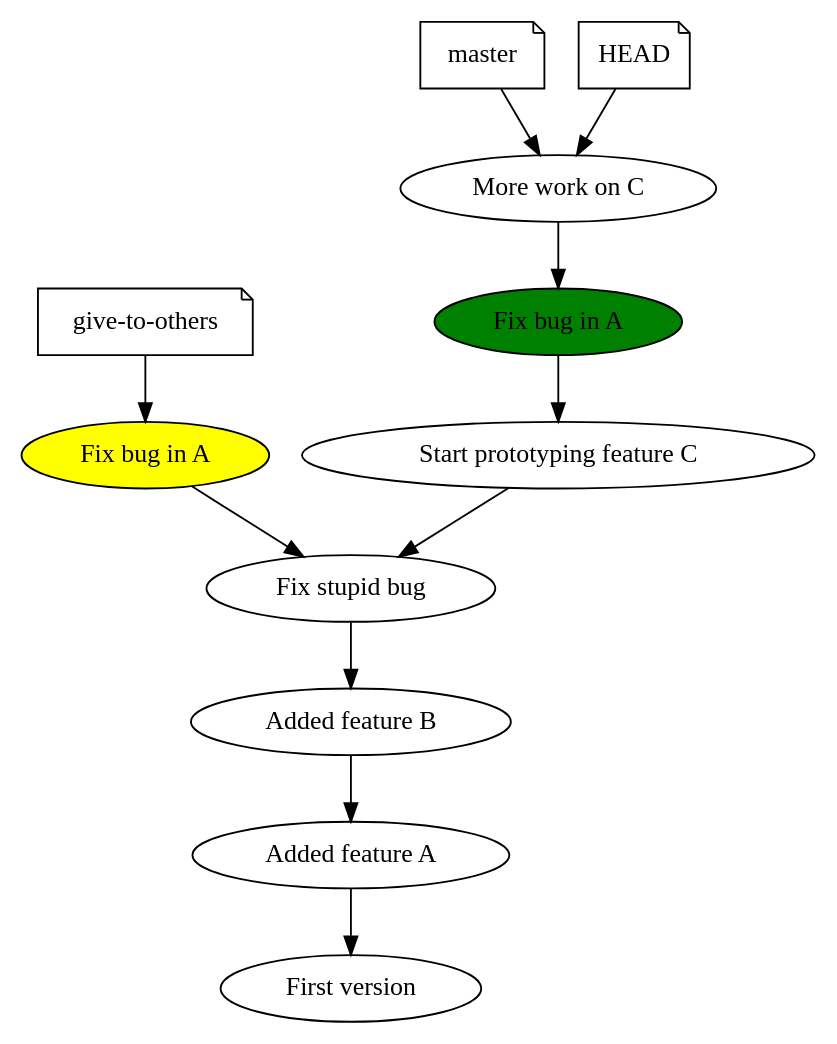
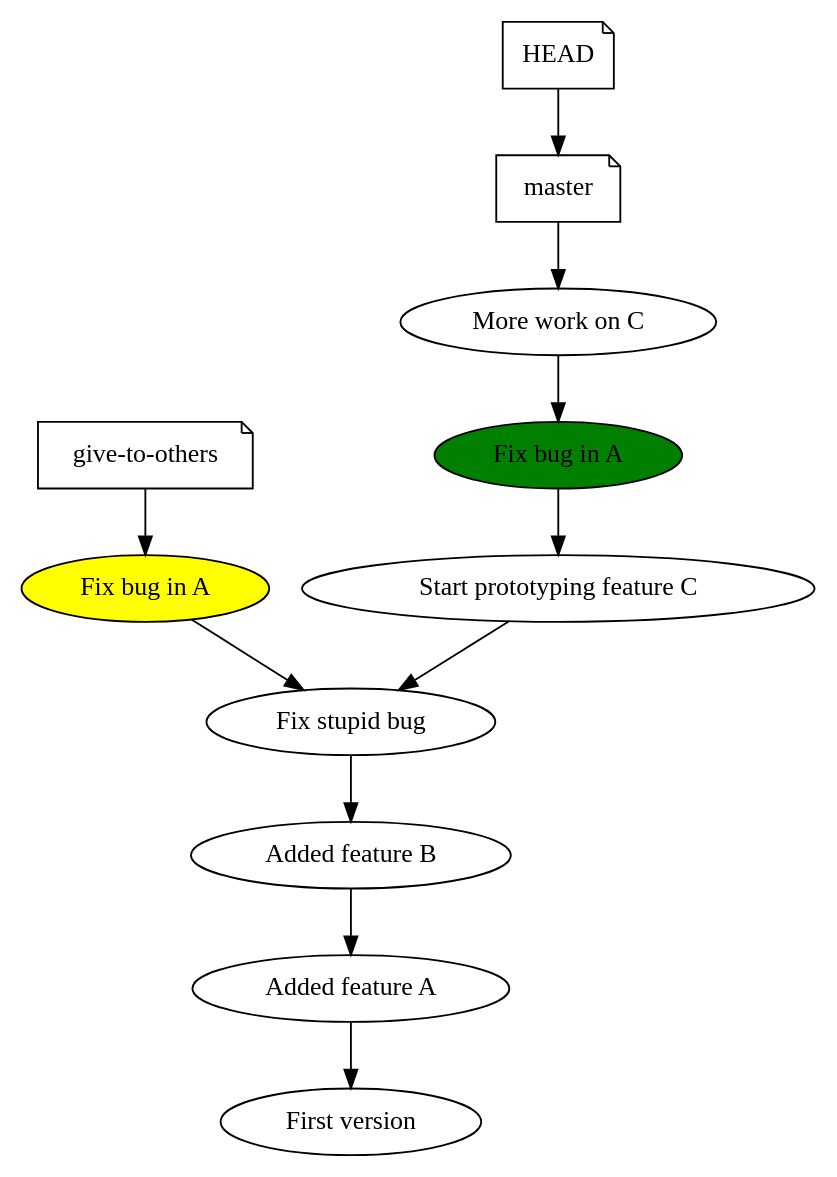
One commit to rjw57/do-you-git-it changed the diagram in single_dude2.dot. Above: the diagram before and after it, drawn with Graphviz. The commit also changed 9 other files, not shown here.

```diff
--- a/single_dude2.dot
+++ b/single_dude2.dot
@@ -1,16 +1,16 @@
 digraph single_dude {
     "give-to-others" [ shape=note ];
     "master" [ shape=note ];
 
     "HEAD" [ shape=note ];
 
     c1 [ label = "Fix bug in A", style=filled, fillcolor=green ];
     c2 [ label = "Fix bug in A", style=filled, fillcolor=yellow ];
 
     "More work on C" -> c1 -> "Start prototyping feature C" -> "Fix stupid bug" -> "Added feature B" -> "Added feature A" -> "First version";
     c2 -> "Fix stupid bug";
 
-    "HEAD" -> "More work on C";
+    "HEAD" -> "master";
     "master" -> "More work on C";
     "give-to-others" -> c2;
 }
```
